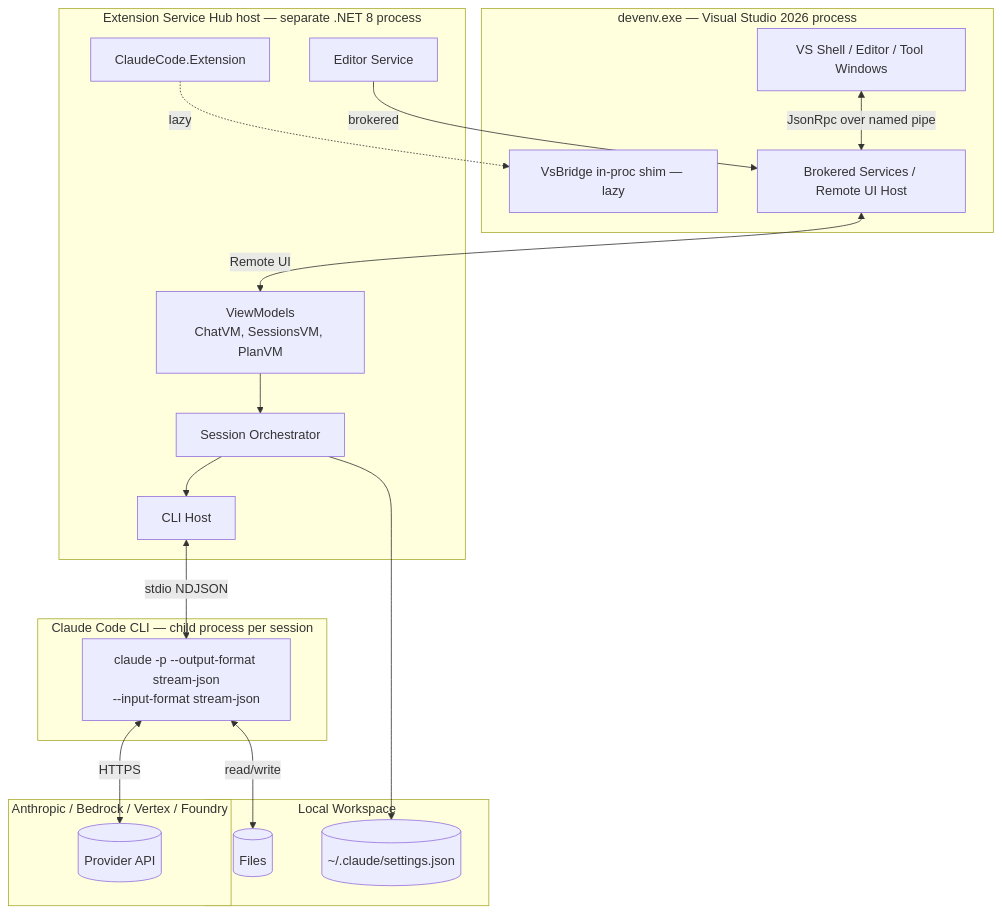
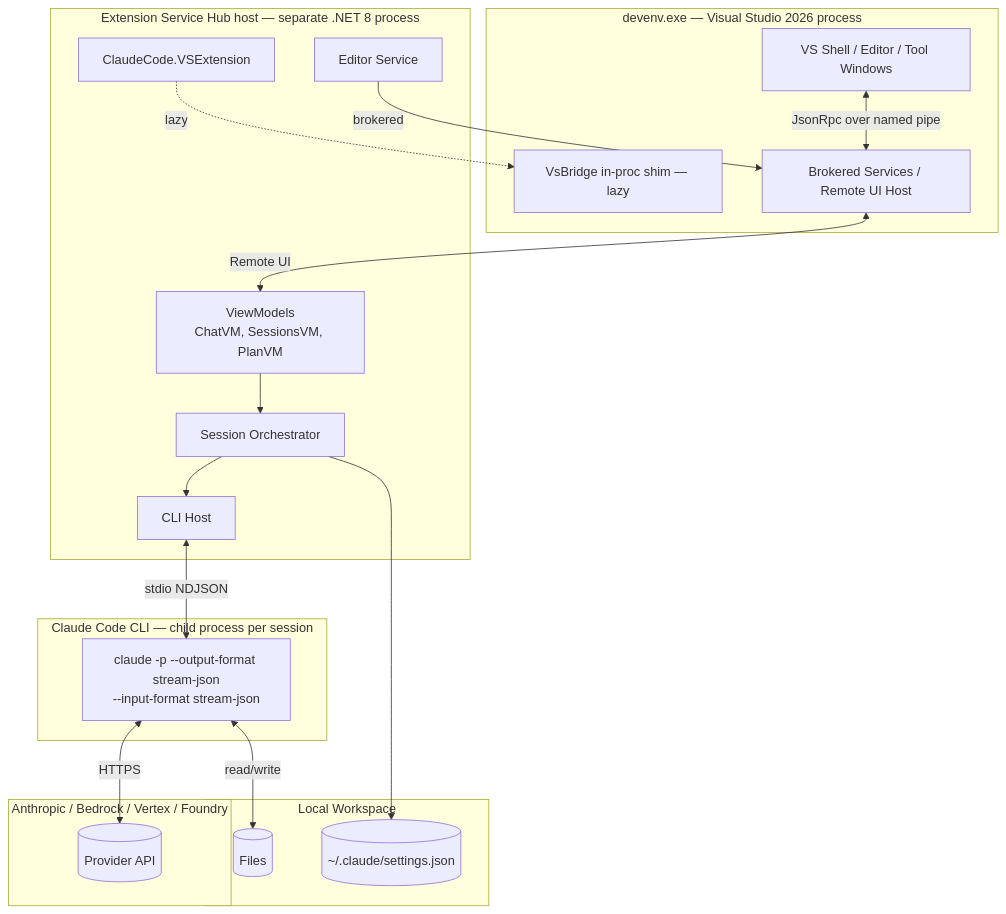
The second of 3 diagrams in docs/PROJECT_PLAN.md (TomMarks/conduit-for-vs), drawn with Mermaid before and after one commit. The commit also changed other lines of this file and 6 other files, not shown here.

````diff
--- a/docs/PROJECT_PLAN.md
+++ b/docs/PROJECT_PLAN.md
@@ -148,40 +148,40 @@
 ```mermaid
 flowchart TB
     subgraph devenv [devenv.exe — Visual Studio 2026 process]
         IDE[VS Shell / Editor / Tool Windows]
         BS[Brokered Services / Remote UI Host]
         VSB2[VsBridge in-proc shim — lazy]
     end
 
     subgraph exthost [Extension Service Hub host — separate .NET 8 process]
-        EXT2[ClaudeCode.Extension]
+        EXT2[ClaudeCode.VSExtension]
         VM[ViewModels<br/>ChatVM, SessionsVM, PlanVM]
         ORCH[Session Orchestrator]
         CLIH[CLI Host]
         EDITSVC[Editor Service]
     end
 
     subgraph claude [Claude Code CLI — child process per session]
         CC[claude -p --output-format stream-json<br/>--input-format stream-json]
     end
 
     subgraph remote [Anthropic / Bedrock / Vertex / Foundry]
         API[(Provider API)]
     end
 
     subgraph fs [Local Workspace]
         WS[(Files)]
         SET[(~/.claude/settings.json)]
     end
 
     IDE <-->|JsonRpc over named pipe| BS
     BS <-->|Remote UI| VM
     VM --> ORCH
     ORCH --> CLIH
     CLIH <-->|stdio NDJSON| CC
     CC <-->|HTTPS| API
     CC <-->|read/write| WS
     EDITSVC -->|brokered| BS
     EXT2 -.lazy.-> VSB2
     ORCH --> SET
 ```
````
